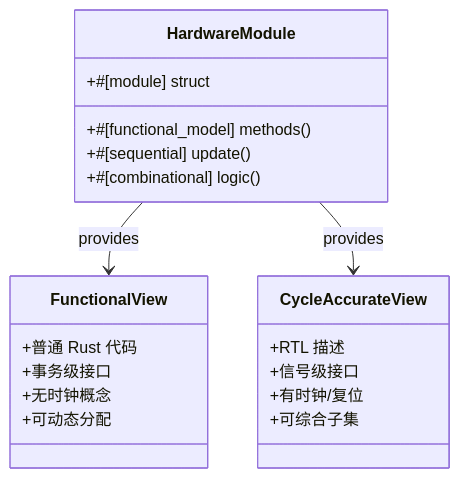
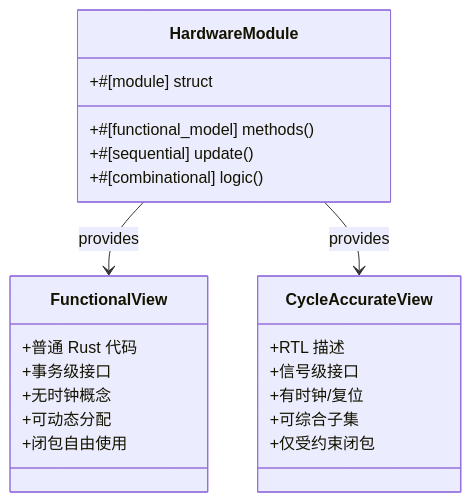
Before and after one commit to TangCan/bitloom: the ninth of 13 diagrams in docs/requirements/3. 核心设计原则.md, drawn with Mermaid. The commit also changed other lines of this file and 17 other files, not shown here.

````diff
--- a/docs/requirements/3. 核心设计原则.md
+++ b/docs/requirements/3. 核心设计原则.md
@@ -300,24 +274,25 @@
 ```mermaid
 classDiagram
     class HardwareModule {
         +#[module] struct
         +#[functional_model] methods()
         +#[sequential] update()
         +#[combinational] logic()
     }
     class FunctionalView {
         +普通 Rust 代码
         +事务级接口
         +无时钟概念
         +可动态分配
+        +闭包自由使用
     }
     class CycleAccurateView {
         +RTL 描述
         +信号级接口
         +有时钟/复位
         +可综合子集
+        +仅受约束闭包
     }
     HardwareModule --> FunctionalView : provides
     HardwareModule --> CycleAccurateView : provides
-
 ```
````
